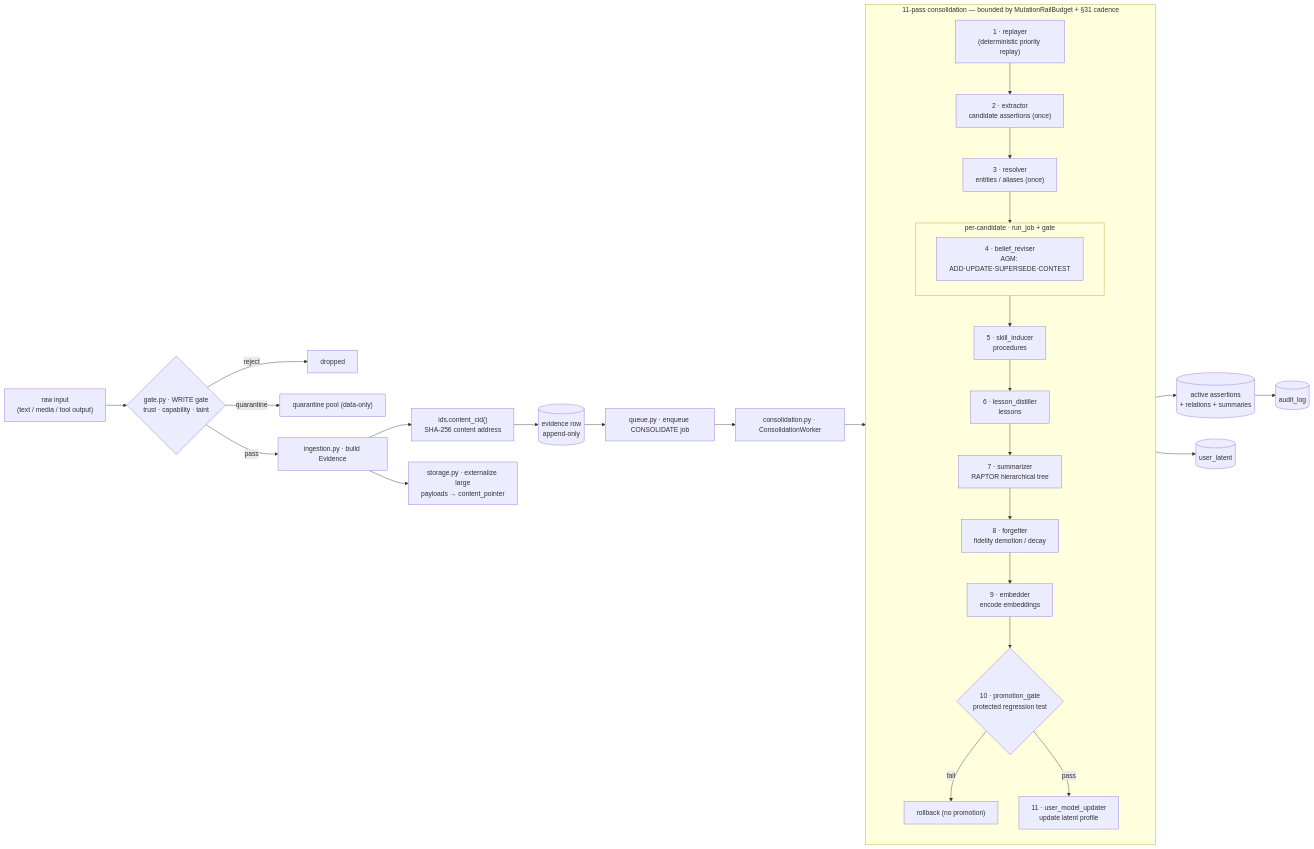
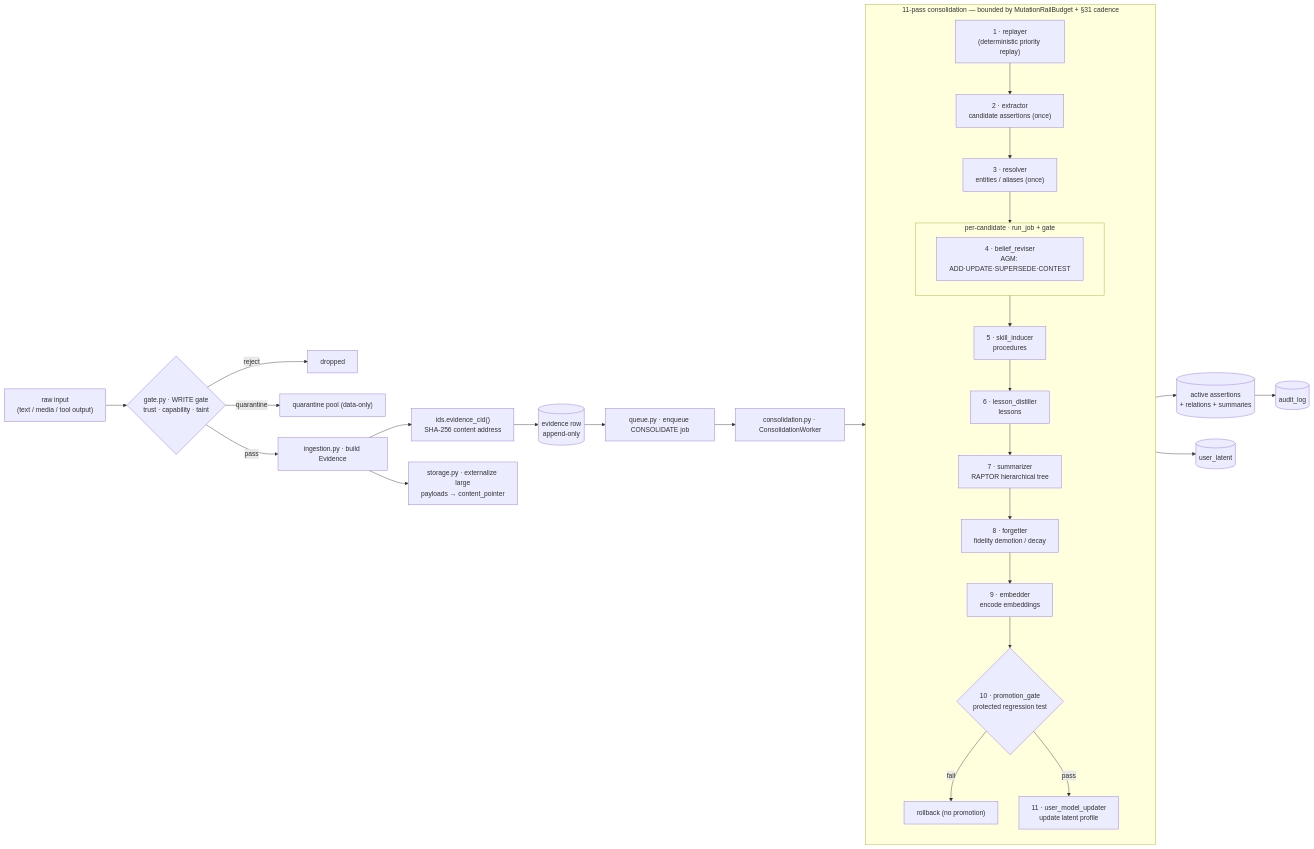
The fourth of 8 diagrams in docs/ARCHITECTURE-OVERVIEW.md (onfire7777/Mnemosyne), drawn with Mermaid before and after one commit. The commit also changed other lines of this file and 16 other files, not shown here.

````diff
--- a/docs/ARCHITECTURE-OVERVIEW.md
+++ b/docs/ARCHITECTURE-OVERVIEW.md
@@ -359,35 +364,35 @@
 ```mermaid
 flowchart LR
     IN["raw input<br/>(text / media / tool output)"] --> GATE{"gate.py · WRITE gate<br/>trust · capability · taint"}
     GATE -->|reject| X1["dropped"]
     GATE -->|quarantine| QZ["quarantine pool (data-only)"]
     GATE -->|pass| ING["ingestion.py · build Evidence"]
-    ING --> CID["ids.content_cid()<br/>SHA-256 content address"]
+    ING --> CID["ids.evidence_cid()<br/>SHA-256 content address"]
     ING --> STORE["storage.py · externalize large<br/>payloads → content_pointer"]
     CID --> EV[("evidence row<br/>append-only")]
     EV --> ENQ["queue.py · enqueue CONSOLIDATE job"]
     ENQ --> CW["consolidation.py · ConsolidationWorker"]
 
     subgraph PASS["11-pass consolidation — bounded by MutationRailBudget + §31 cadence"]
         direction TB
         P1["1 · replayer<br/>(deterministic priority replay)"] --> P2["2 · extractor<br/>candidate assertions (once)"]
         P2 --> P3["3 · resolver<br/>entities / aliases (once)"]
         P3 --> PC
         subgraph PC["per-candidate · run_job + gate"]
             P4["4 · belief_reviser<br/>AGM: ADD·UPDATE·SUPERSEDE·CONTEST"]
         end
         PC --> P5["5 · skill_inducer<br/>procedures"]
         P5 --> P6["6 · lesson_distiller<br/>lessons"]
         P6 --> P7["7 · summarizer<br/>RAPTOR hierarchical tree"]
         P7 --> P8["8 · forgetter<br/>fidelity demotion / decay"]
         P8 --> P9["9 · embedder<br/>encode embeddings"]
         P9 --> P10{"10 · promotion_gate<br/>protected regression test"}
         P10 -->|fail| RB["rollback (no promotion)"]
         P10 -->|pass| P11["11 · user_model_updater<br/>update latent profile"]
     end
 
     CW --> PASS
     P11 --> ACT[("active assertions<br/>+ relations + summaries")]
     P11 --> UL[("user_latent")]
     ACT --> AUD[("audit_log")]
 ```
````
